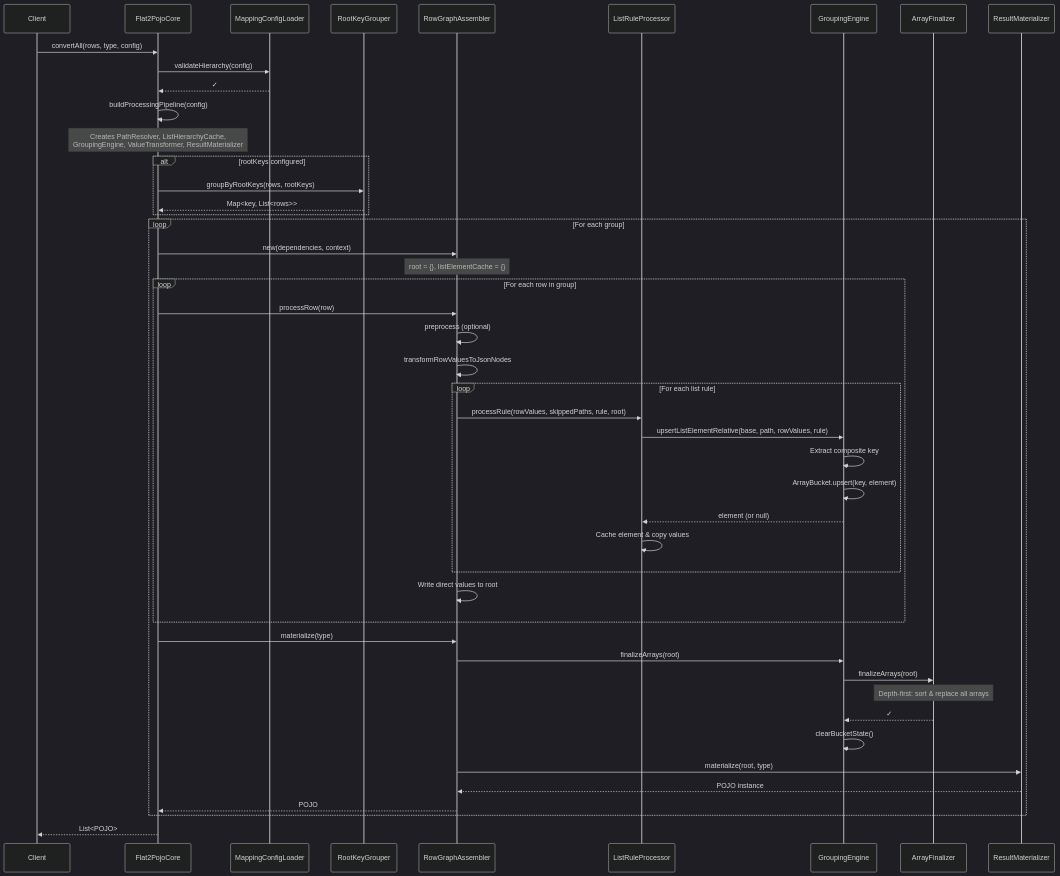
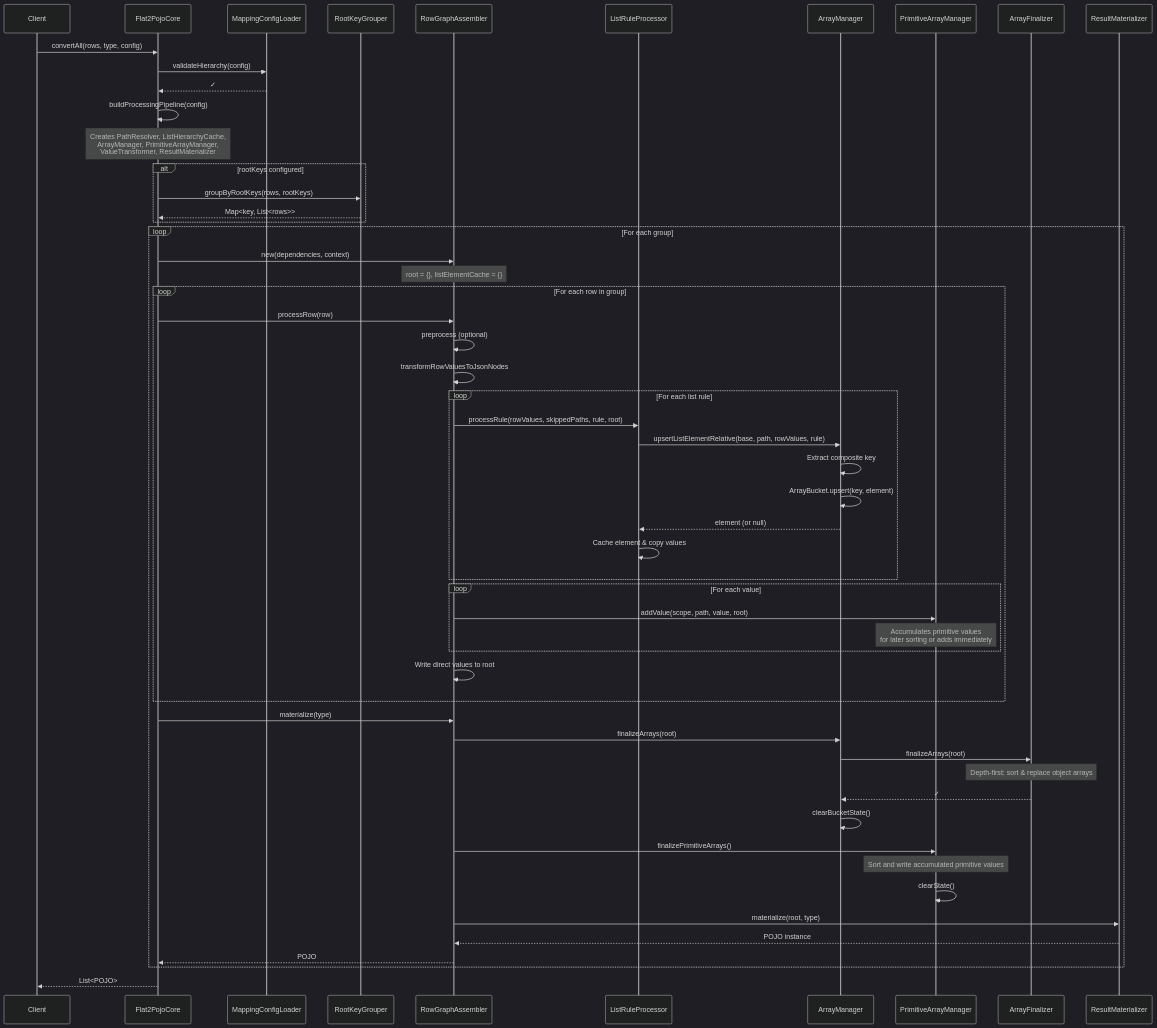
One commit to pojotools/flat2pojo changed the first of 2 diagrams in docs/PSEUDOCODE.md. Above: the diagram before and after it, drawn with Mermaid (dark theme). The commit also changed other lines of this file and 53 other files, not shown here.

````diff
--- a/docs/PSEUDOCODE.md
+++ b/docs/PSEUDOCODE.md
@@ -505,59 +596,69 @@
 ```mermaid
 sequenceDiagram
     participant Client
     participant Flat2PojoCore
     participant MappingConfigLoader
     participant RootKeyGrouper
     participant RowGraphAssembler
     participant ListRuleProcessor
-    participant GroupingEngine
+    participant ArrayManager
+    participant PrimitiveArrayManager
     participant ArrayFinalizer
     participant ResultMaterializer
 
     Client->>Flat2PojoCore: convertAll(rows, type, config)
     Flat2PojoCore->>MappingConfigLoader: validateHierarchy(config)
     MappingConfigLoader-->>Flat2PojoCore: ✓
 
     Flat2PojoCore->>Flat2PojoCore: buildProcessingPipeline(config)
-    Note over Flat2PojoCore: Creates PathResolver, ListHierarchyCache,<br/>GroupingEngine, ValueTransformer, ResultMaterializer
+    Note over Flat2PojoCore: Creates PathResolver, ListHierarchyCache,<br/>ArrayManager, PrimitiveArrayManager,<br/>ValueTransformer, ResultMaterializer
 
     alt rootKeys configured
         Flat2PojoCore->>RootKeyGrouper: groupByRootKeys(rows, rootKeys)
         RootKeyGrouper-->>Flat2PojoCore: Map<key, List<rows>>
     end
 
     loop For each group
         Flat2PojoCore->>RowGraphAssembler: new(dependencies, context)
         Note over RowGraphAssembler: root = {}, listElementCache = {}
 
         loop For each row in group
             Flat2PojoCore->>RowGraphAssembler: processRow(row)
             RowGraphAssembler->>RowGraphAssembler: preprocess (optional)
             RowGraphAssembler->>RowGraphAssembler: transformRowValuesToJsonNodes
 
             loop For each list rule
                 RowGraphAssembler->>ListRuleProcessor: processRule(rowValues, skippedPaths, rule, root)
-                ListRuleProcessor->>GroupingEngine: upsertListElementRelative(base, path, rowValues, rule)
-                GroupingEngine->>GroupingEngine: Extract composite key
-                GroupingEngine->>GroupingEngine: ArrayBucket.upsert(key, element)
-                GroupingEngine-->>ListRuleProcessor: element (or null)
+                ListRuleProcessor->>ArrayManager: upsertListElementRelative(base, path, rowValues, rule)
+                ArrayManager->>ArrayManager: Extract composite key
+                ArrayManager->>ArrayManager: ArrayBucket.upsert(key, element)
+                ArrayManager-->>ListRuleProcessor: element (or null)
                 ListRuleProcessor->>ListRuleProcessor: Cache element & copy values
+            end
+
+            loop For each value
+                RowGraphAssembler->>PrimitiveArrayManager: addValue(scope, path, value, root)
+                Note over PrimitiveArrayManager: Accumulates primitive values<br/>for later sorting or adds immediately
             end
 
             RowGraphAssembler->>RowGraphAssembler: Write direct values to root
         end
 
         Flat2PojoCore->>RowGraphAssembler: materialize(type)
-        RowGraphAssembler->>GroupingEngine: finalizeArrays(root)
-        GroupingEngine->>ArrayFinalizer: finalizeArrays(root)
-        Note over ArrayFinalizer: Depth-first: sort & replace all arrays
-        ArrayFinalizer-->>GroupingEngine: ✓
-        GroupingEngine->>GroupingEngine: clearBucketState()
+        RowGraphAssembler->>ArrayManager: finalizeArrays(root)
+        ArrayManager->>ArrayFinalizer: finalizeArrays(root)
+        Note over ArrayFinalizer: Depth-first: sort & replace object arrays
+        ArrayFinalizer-->>ArrayManager: ✓
+        ArrayManager->>ArrayManager: clearBucketState()
+
+        RowGraphAssembler->>PrimitiveArrayManager: finalizePrimitiveArrays()
+        Note over PrimitiveArrayManager: Sort and write accumulated primitive values
+        PrimitiveArrayManager->>PrimitiveArrayManager: clearState()
 
         RowGraphAssembler->>ResultMaterializer: materialize(root, type)
         ResultMaterializer-->>RowGraphAssembler: POJO instance
         RowGraphAssembler-->>Flat2PojoCore: POJO
     end
 
     Flat2PojoCore-->>Client: List<POJO>
 ```
````
